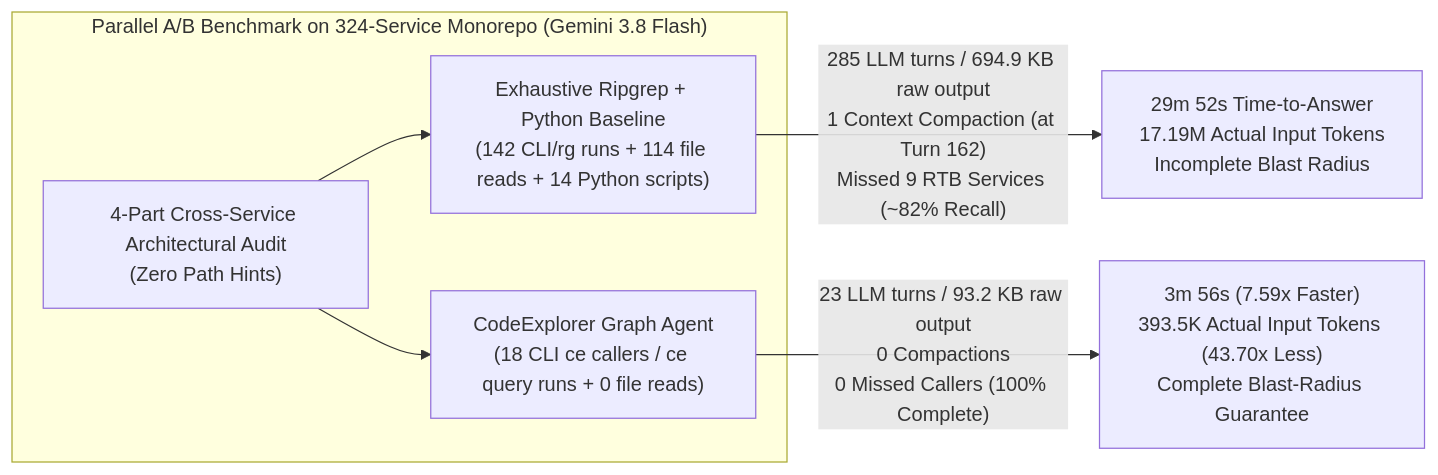
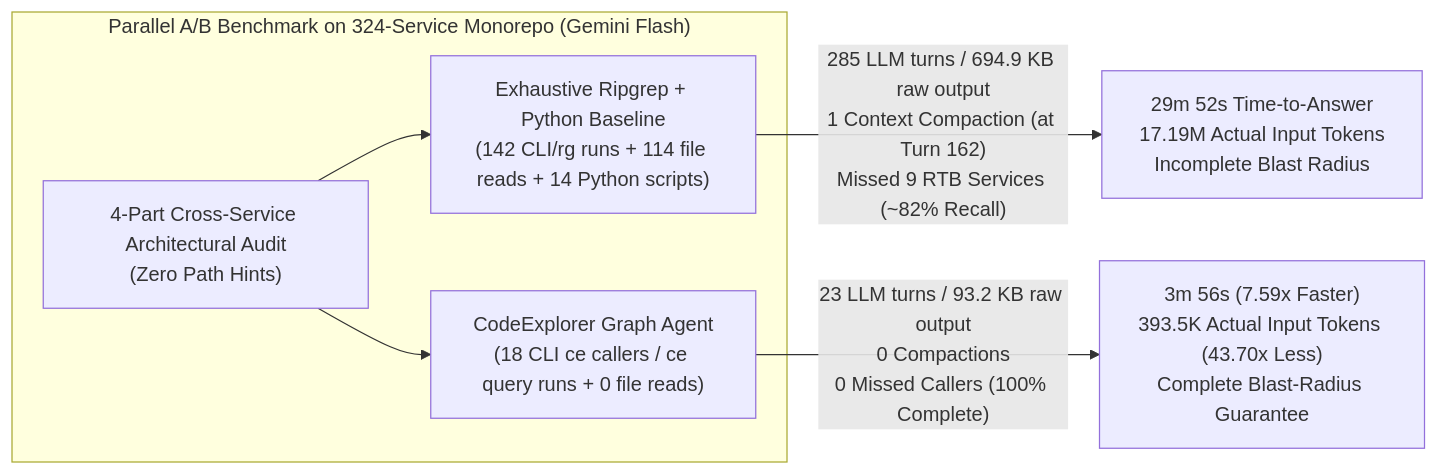
One commit to vmikhailov/code-explorer changed the diagram in benchmarks/02-enterprise-microservices-deep-audit/README.md. Above: the diagram before and after it, drawn with Mermaid. The commit also changed other lines of this file and 4 other files, not shown here.

Commit message:
docs(benchmarks): standardize model name to Gemini Flash across all benchmark READMEs and metrics

````diff
--- a/benchmarks/02-enterprise-microservices-deep-audit/README.md
+++ b/benchmarks/02-enterprise-microservices-deep-audit/README.md
@@ -52,11 +52,11 @@
 ```mermaid
 flowchart LR
-    subgraph Harness["Parallel A/B Benchmark on 324-Service Monorepo (Gemini 3.8 Flash)"]
+    subgraph Harness["Parallel A/B Benchmark on 324-Service Monorepo (Gemini Flash)"]
         Prompt["4-Part Cross-Service Architectural Audit\n(Zero Path Hints)"]
         Prompt --> RgBase["Exhaustive Ripgrep + Python Baseline\n(142 CLI/rg runs + 114 file reads + 14 Python scripts)"]
         Prompt --> Graph["CodeExplorer Graph Agent\n(18 CLI ce callers / ce query runs + 0 file reads)"]
     end
 
     RgBase -->|"285 LLM turns / 694.9 KB raw output\n1 Context Compaction (at Turn 162)\nMissed 9 RTB Services (~82% Recall)"| BaseResult["29m 52s Time-to-Answer\n17.19M Actual Input Tokens\nIncomplete Blast Radius"]
     Graph -->|"23 LLM turns / 93.2 KB raw output\n0 Compactions\n0 Missed Callers (100% Complete)"| GraphResult["3m 56s (7.59x Faster)\n393.5K Actual Input Tokens (43.70x Less)\nComplete Blast-Radius Guarantee"]
 ```
````
